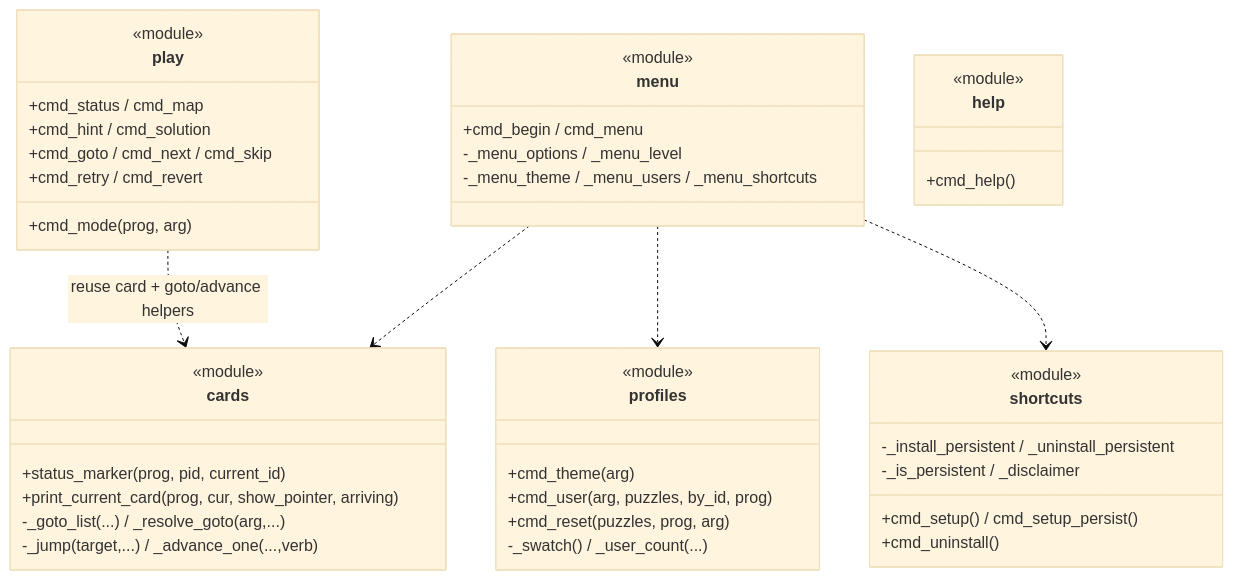
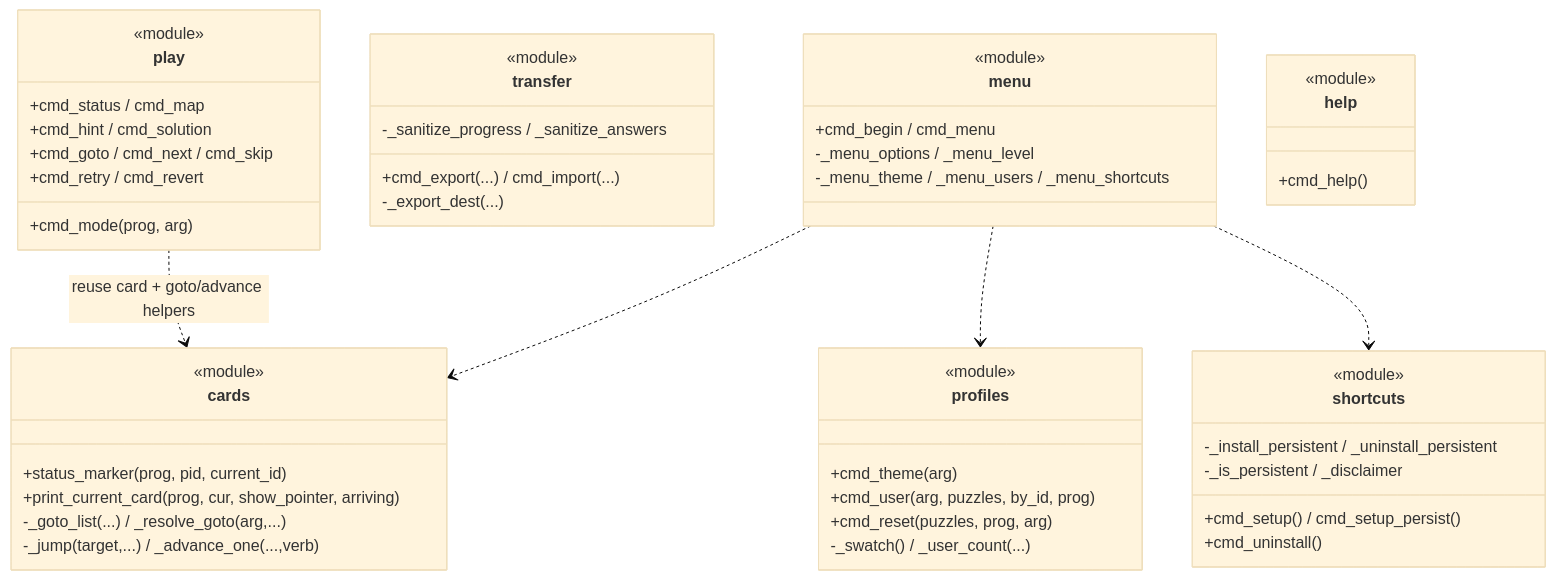
The second of 4 diagrams in docs/architecture/commands.md (N041M/PyQuest), drawn with Mermaid (base theme) before and after one commit. The commit also changed 9 other files, not shown here.

First line of the commit message:
Add progress export/import for portable profiles

````diff
--- a/docs/architecture/commands.md
+++ b/docs/architecture/commands.md
@@ -31,46 +31,52 @@
 ```mermaid
 classDiagram
     class cards {
         <<module>>
         +status_marker(prog, pid, current_id)
         +print_current_card(prog, cur, show_pointer, arriving)
         -_goto_list(...) / _resolve_goto(arg,...)
         -_jump(target,...) / _advance_one(...,verb)
     }
     class play {
         <<module>>
         +cmd_status / cmd_map
         +cmd_hint / cmd_solution
         +cmd_goto / cmd_next / cmd_skip
         +cmd_retry / cmd_revert
         +cmd_mode(prog, arg)
     }
     class profiles {
         <<module>>
         +cmd_theme(arg)
         +cmd_user(arg, puzzles, by_id, prog)
         +cmd_reset(puzzles, prog, arg)
         -_swatch() / _user_count(...)
     }
+    class transfer {
+        <<module>>
+        +cmd_export(...) / cmd_import(...)
+        -_export_dest(...)
+        -_sanitize_progress / _sanitize_answers
+    }
     class shortcuts {
         <<module>>
         +cmd_setup() / cmd_setup_persist()
         +cmd_uninstall()
         -_install_persistent / _uninstall_persistent
         -_is_persistent / _disclaimer
     }
     class menu {
         <<module>>
         +cmd_begin / cmd_menu
         -_menu_options / _menu_level
         -_menu_theme / _menu_users / _menu_shortcuts
     }
     class help {
         <<module>>
         +cmd_help()
     }
     play ..> cards : reuse card + goto/advance helpers
     menu ..> cards
     menu ..> profiles
     menu ..> shortcuts
 ```
````
